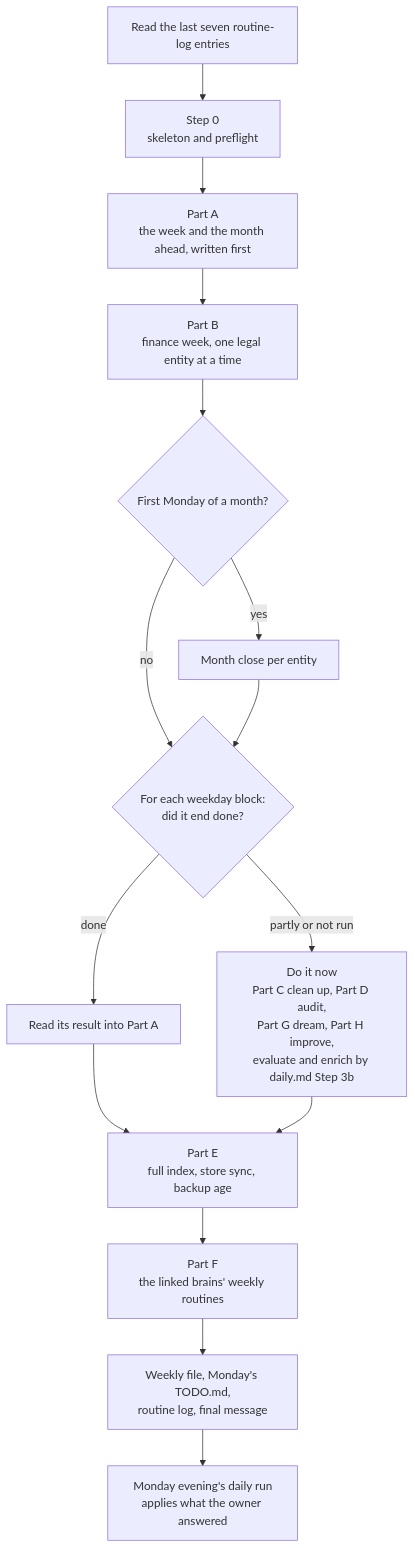
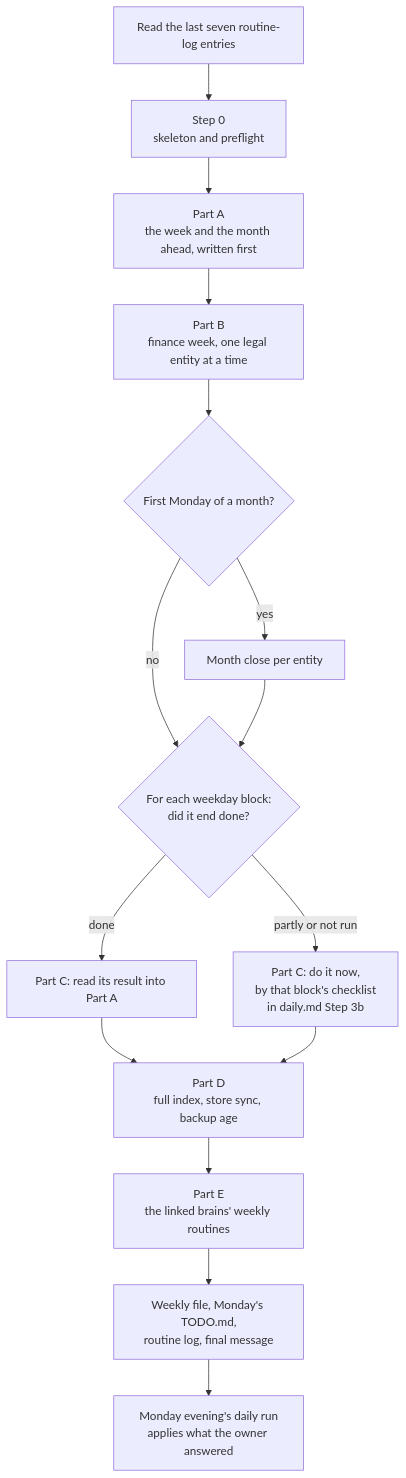
One commit to solutionplus-dev/company-brain changed diagram 11 of 23 in docs/DIAGRAMS.md. Above: the diagram before and after it, drawn with Mermaid. The commit also changed other lines of this file and 22 other files, not shown here.

````diff
--- a/docs/DIAGRAMS.md
+++ b/docs/DIAGRAMS.md
@@ -319,17 +319,17 @@
 ```mermaid
 flowchart TD
   A["Read the last seven routine-log entries"] --> B["Step 0<br/>skeleton and preflight"]
   B --> PA["Part A<br/>the week and the month ahead, written first"]
   PA --> PB["Part B<br/>finance week, one legal entity at a time"]
   PB --> M{"First Monday of a month?"}
   M -- "yes" --> MC["Month close per entity"]
   M -- "no" --> CU
   MC --> CU{"For each weekday block:<br/>did it end done?"}
-  CU -- "done" --> RD["Read its result into Part A"]
-  CU -- "partly or not run" --> RUN["Do it now<br/>Part C clean up, Part D audit,<br/>Part G dream, Part H improve,<br/>evaluate and enrich by daily.md Step 3b"]
-  RD --> PE
-  RUN --> PE["Part E<br/>full index, store sync, backup age"]
-  PE --> PF["Part F<br/>the linked brains' weekly routines"]
-  PF --> W["Weekly file, Monday's TODO.md,<br/>routine log, final message"]
+  CU -- "done" --> RD["Part C: read its result into Part A"]
+  CU -- "partly or not run" --> RUN["Part C: do it now,<br/>by that block's checklist<br/>in daily.md Step 3b"]
+  RD --> PD
+  RUN --> PD["Part D<br/>full index, store sync, backup age"]
+  PD --> PE["Part E<br/>the linked brains' weekly routines"]
+  PE --> W["Weekly file, Monday's TODO.md,<br/>routine log, final message"]
   W --> EV["Monday evening's daily run<br/>applies what the owner answered"]
 ```
````
